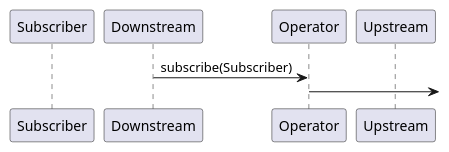
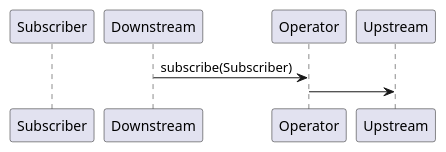
One commit to yanghoon/obsidian-workspace changed the second of 2 diagrams in _diary/2024-06-18.md. Above: the diagram before and after it, drawn with PlantUML.

Commit message:
vault backup: 2024-06-19 00:33:41

````diff
--- a/_diary/2024-06-18.md
+++ b/_diary/2024-06-18.md
@@ -37,13 +37,13 @@
 ```plantuml
 @startuml
 
 participant Subscriber as Sub
 participant Downstream as Down
 participant Operator as Ops
 participant Upstream as Up
 
 Down -> Ops: subscribe(Subscriber)
-Ops -> 
+Ops -> Up: 
 
 @enduml
 ```
````
